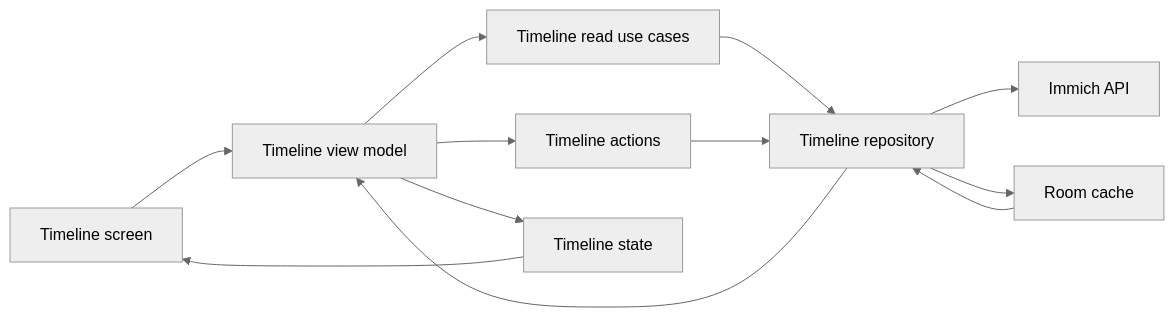
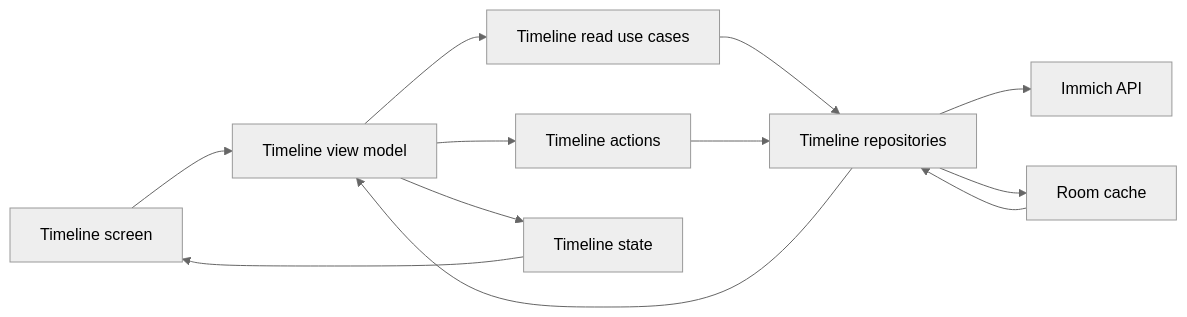
One commit to ch4ndu/ImmichGallery changed the first of 7 diagrams in docs/timeline.md. Above: the diagram before and after it, drawn with Mermaid (neutral theme). The commit also changed other lines of this file and 52 other files, not shown here.

````diff
--- a/docs/timeline.md
+++ b/docs/timeline.md
@@ -27,14 +29,14 @@
 ```mermaid
 graph LR
     screen["Timeline screen"] --> viewModel["Timeline view model"]
     viewModel --> reads["Timeline read use cases"]
     viewModel --> actions["Timeline actions"]
-    reads --> repository["Timeline repository"]
+    reads --> repository["Timeline repositories"]
     actions --> repository
     repository --> api["Immich API"]
     repository --> room["Room cache"]
     room --> repository
     repository --> viewModel
     viewModel --> state["Timeline state"]
     state --> screen
 ```
````
